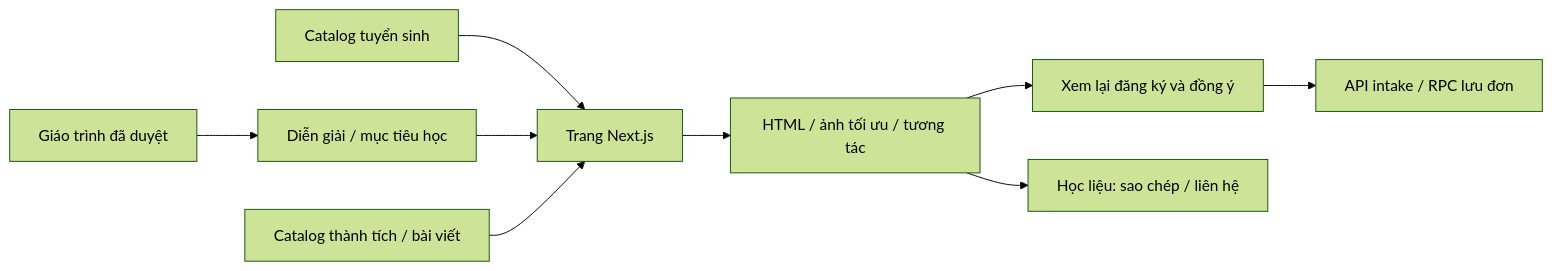
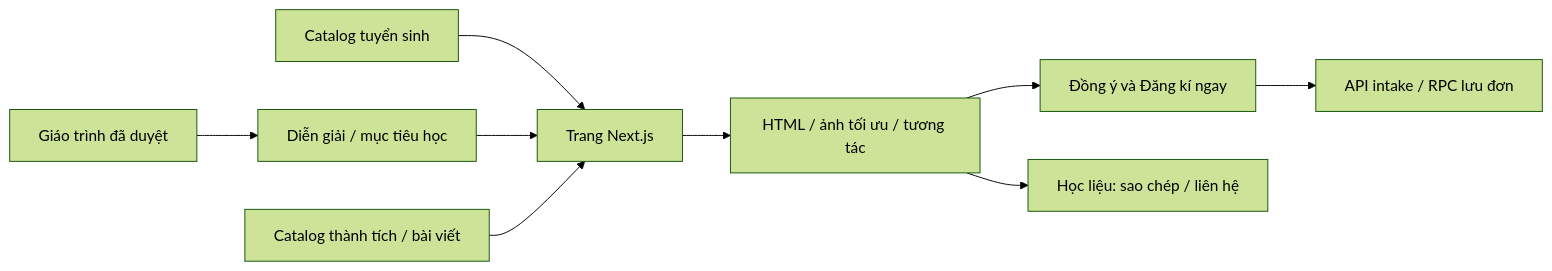
One commit to thiennhan13/CtyGiaDinhCSAT changed the first of 2 diagrams in docs/ARCHITECTURE.md. Above: the diagram before and after it, drawn with Mermaid (forest theme). The commit also changed other lines of this file and 41 other files, not shown here.

````diff
--- a/docs/ARCHITECTURE.md
+++ b/docs/ARCHITECTURE.md
@@ -19,11 +19,11 @@
 ```mermaid
 flowchart LR
     C[Catalog tuyển sinh] --> P[Trang Next.js]
     K[Giáo trình đã duyệt] --> R[Diễn giải / mục tiêu học]
     R --> P
     H[Catalog thành tích / bài viết] --> P
     P --> U[HTML / ảnh tối ưu / tương tác]
-    U --> F[Xem lại đăng ký và đồng ý]
+    U --> F[Đồng ý và Đăng kí ngay]
     F --> L[API intake / RPC lưu đơn]
     U --> M[Học liệu: sao chép / liên hệ]
 ```
````
